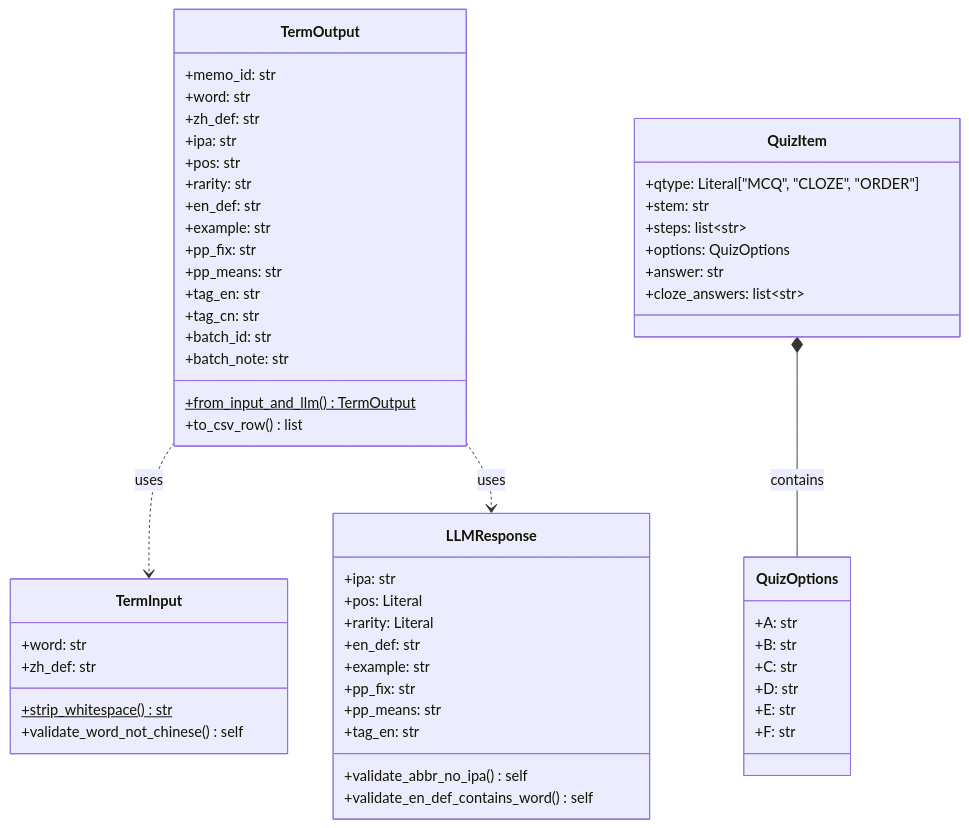
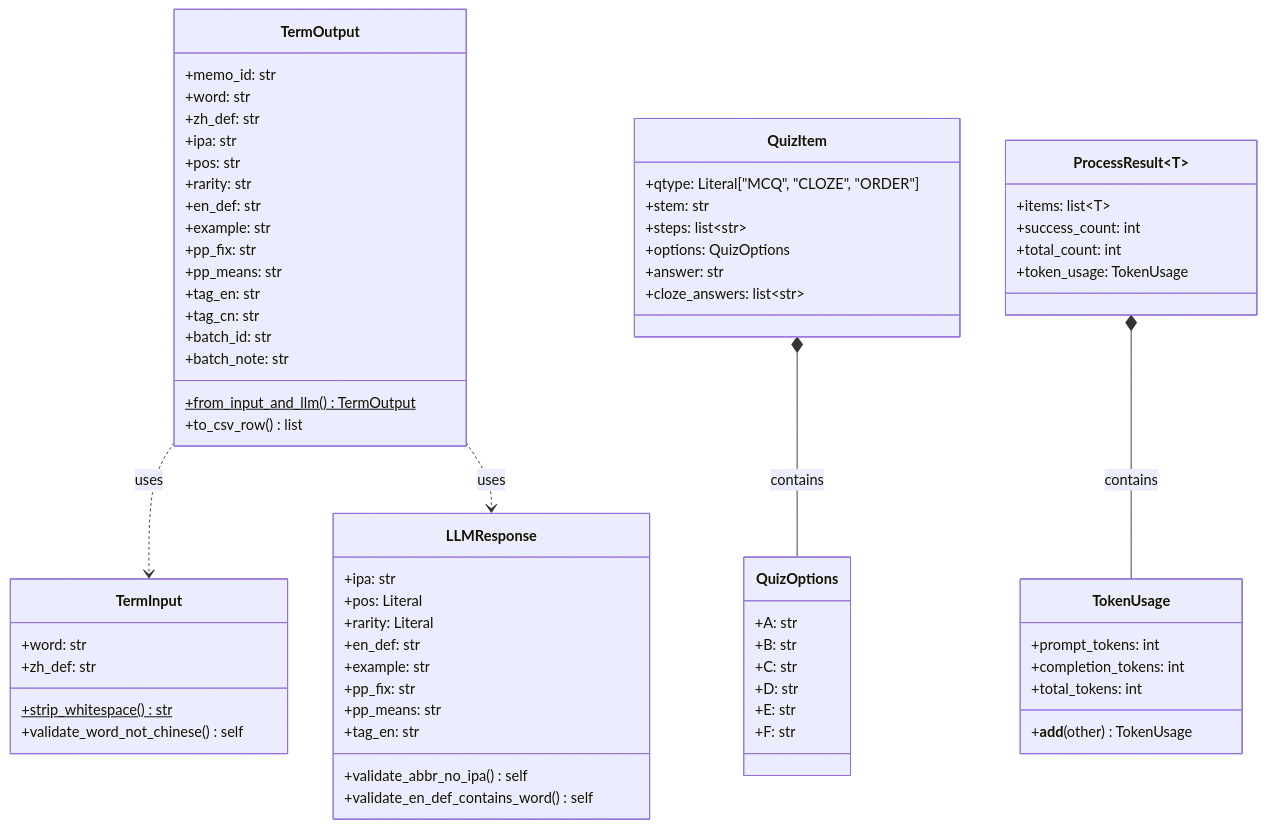
Before and after one commit to C1M0N/Memosyne: the fifth of 11 diagrams in ARCHITECTURE.md, drawn with Mermaid. The commit also changed other lines of this file and 32 other files, not shown here.

````diff
--- a/ARCHITECTURE.md
+++ b/ARCHITECTURE.md
@@ -225,63 +238,78 @@
 ```mermaid
 classDiagram
     class TermInput {
         +word: str
         +zh_def: str
         +strip_whitespace()$ str
         +validate_word_not_chinese() self
     }
 
     class LLMResponse {
         +ipa: str
         +pos: Literal
         +rarity: Literal
         +en_def: str
         +example: str
         +pp_fix: str
         +pp_means: str
         +tag_en: str
         +validate_abbr_no_ipa() self
         +validate_en_def_contains_word() self
     }
 
     class TermOutput {
         +memo_id: str
         +word: str
         +zh_def: str
         +ipa: str
         +pos: str
         +rarity: str
         +en_def: str
         +example: str
         +pp_fix: str
         +pp_means: str
         +tag_en: str
         +tag_cn: str
         +batch_id: str
         +batch_note: str
         +from_input_and_llm()$ TermOutput
         +to_csv_row() list
     }
 
     class QuizItem {
         +qtype: Literal["MCQ", "CLOZE", "ORDER"]
         +stem: str
         +steps: list~str~
         +options: QuizOptions
         +answer: str
         +cloze_answers: list~str~
     }
 
     class QuizOptions {
         +A: str
         +B: str
         +C: str
         +D: str
         +E: str
         +F: str
     }
 
+    class TokenUsage {
+        +prompt_tokens: int
+        +completion_tokens: int
+        +total_tokens: int
+        +__add__(other) TokenUsage
+    }
+
+    class ProcessResult~T~ {
+        +items: list~T~
+        +success_count: int
+        +total_count: int
+        +token_usage: TokenUsage
+    }
+
     TermOutput ..> TermInput : uses
     TermOutput ..> LLMResponse : uses
     QuizItem *-- QuizOptions : contains
+    ProcessResult *-- TokenUsage : contains
 ```
````
